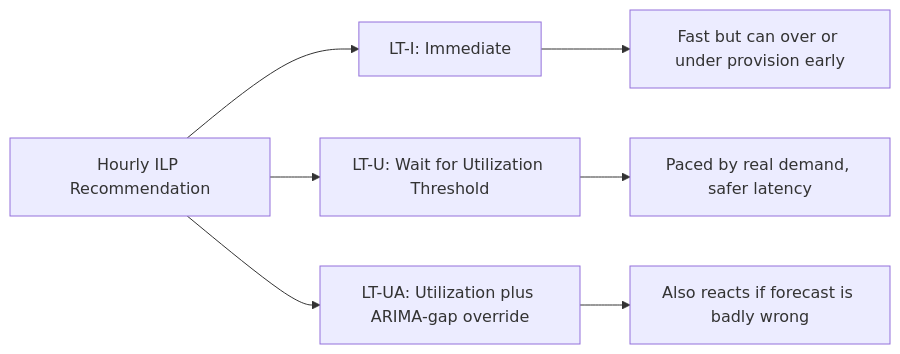
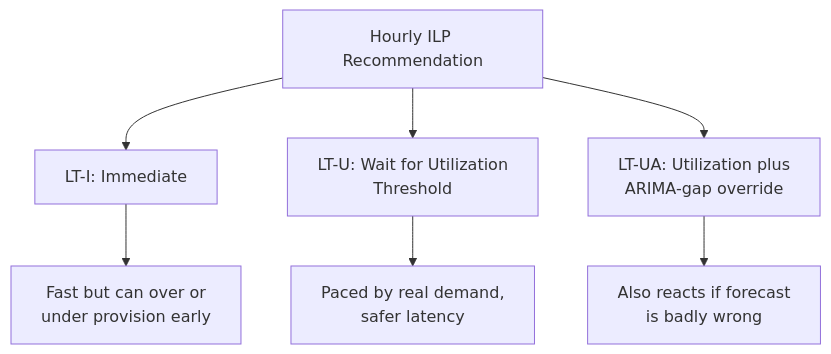
One commit to SreenathKarthick11/Sage-Serve changed the fifth of 5 diagrams in docs/Papers/sage_serve_paper_summary.md. Above: the diagram before and after it, drawn with Mermaid.

Commit message:
Paper : fixed mermaid diagram

````diff
--- a/docs/Papers/sage_serve_paper_summary.md
+++ b/docs/Papers/sage_serve_paper_summary.md
@@ -165,10 +165,10 @@
 ```mermaid
-flowchart LR
+flowchart TD
     ILP[Hourly ILP Recommendation] --> LTI[LT-I: Immediate]
-    ILP --> LTU[LT-U: Wait for Utilization Threshold]
-    ILP --> LTUA[LT-UA: Utilization plus ARIMA-gap override]
+    ILP --> LTU[LT-U: Wait for Utilization <br> Threshold]
+    ILP --> LTUA[LT-UA: Utilization plus <br> ARIMA-gap override]
 
-    LTI --> R1[Fast but can over or under provision early]
-    LTU --> R2[Paced by real demand, safer latency]
-    LTUA --> R3[Also reacts if forecast is badly wrong]
+    LTI --> R1[Fast but can over or<br> under provision early]
+    LTU --> R2[Paced by real demand,<br> safer latency]
+    LTUA --> R3[Also reacts if forecast <br>is badly wrong]
 ```
````
